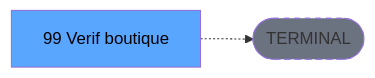
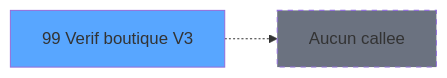
One commit to thonyAGP/magic-migration changed the third of 3 diagrams in .openspec/specs/ADH-IDE-99.md. Above: the diagram before and after it, drawn with Mermaid. The commit also changed other lines of this file and 311 other files, not shown here.

````diff
--- a/.openspec/specs/ADH-IDE-99.md
+++ b/.openspec/specs/ADH-IDE-99.md
@@ -138,8 +191,8 @@
 ```mermaid
 graph LR
-    T[99 Verif boutique ]
-    TERM([TERMINAL])
-    T -.-> TERM
-    style TERM fill:#6b7280,stroke-dasharray: 5 5
-    style T fill:#58a6ff,color:#000
+    T99[99 Verif boutique V3]
+    style T99 fill:#58a6ff
+    NONE[Aucun callee]
+    T99 -.-> NONE
+    style NONE fill:#6b7280,stroke-dasharray: 5 5
 ```
````
